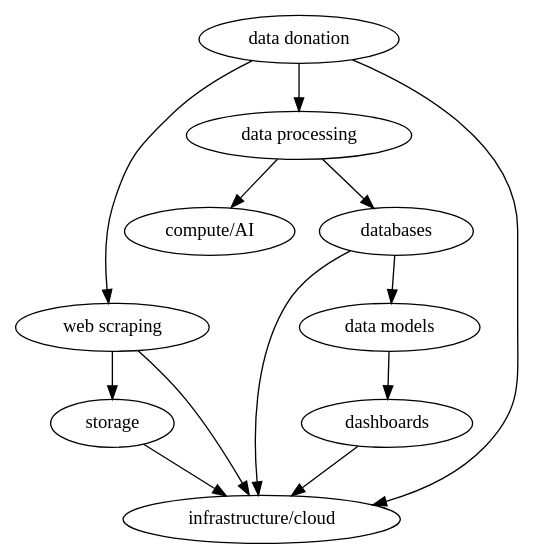
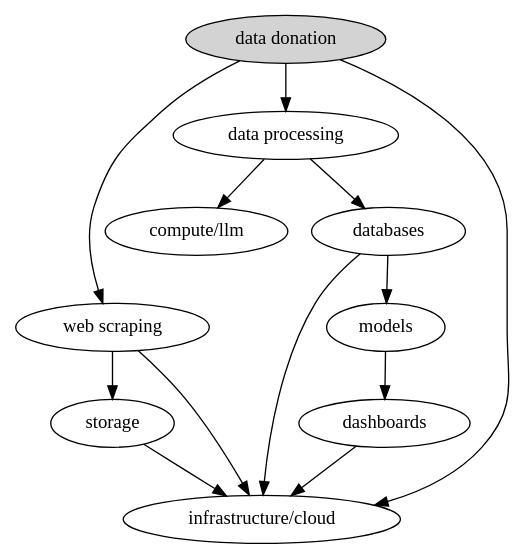
One commit to paulmaxus/dsc-seminar changed the first of 4 diagrams in slides.qmd. Above: the diagram before and after it, drawn with Graphviz. The commit also changed other lines of this file, not shown here.

````diff
--- a/slides.qmd
+++ b/slides.qmd
@@ -156,24 +136,24 @@
 ```{dot}
 digraph G {
-    dd[label="data donation"];
+    dd[label="data donation" style=filled];
     ws[label="web scraping"];
     st[label="storage"];
     dp[label="data processing"];
     ho[label="infrastructure/cloud"];
-    cp[label="compute/AI"];
+    cp[label="compute/llm"];
     db[label="databases"];
-    dm[label="data models"];
+    dm[label="models"];
     ds[label="dashboards"]
     
     dd -> ws -> st;
     dd -> dp -> db -> dm;
     dp -> cp;
     dd -> ho;
     ws -> ho;
     db -> ho;
     ds -> ho;
     st -> ho;
     dm -> ds;
 
 }
 ```
````
